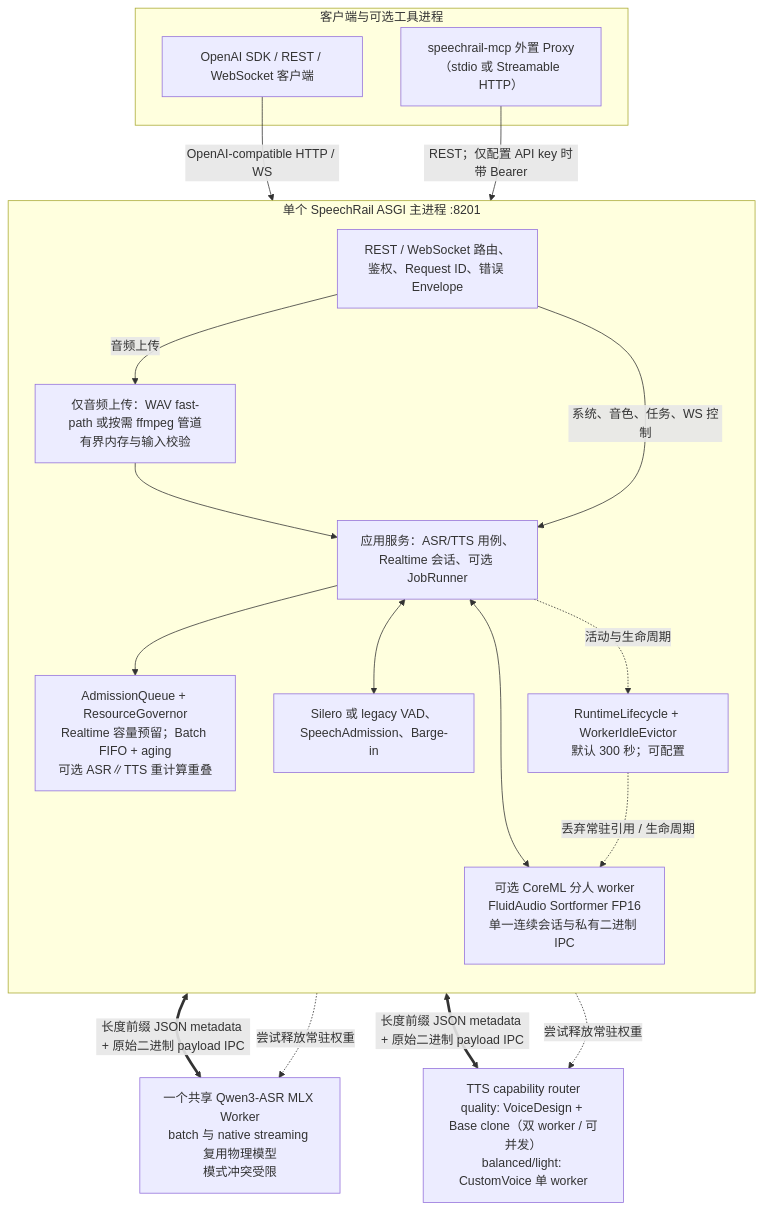
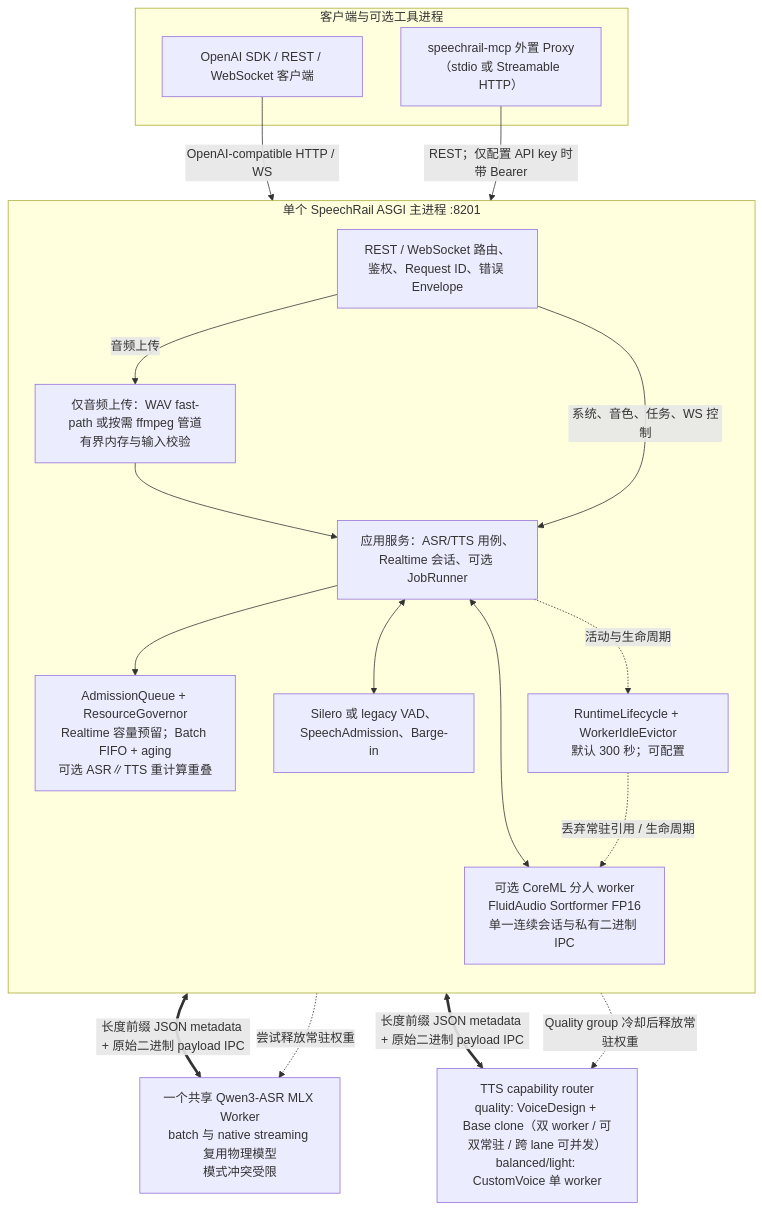
Before and after one commit to hrygo/SpeechRail: the first of 2 diagrams in docs/architecture/architecture.md, drawn with Mermaid. The commit also changed other lines of this file and 16 other files, not shown here.

Commit message:
docs: document three-tier dual-tts architecture

````diff
--- a/docs/architecture/architecture.md
+++ b/docs/architecture/architecture.md
@@ -15,36 +15,36 @@
 ```mermaid
 flowchart TD
     subgraph Clients["客户端与可选工具进程"]
         SDK["OpenAI SDK / REST / WebSocket 客户端"]
         MCP["speechrail-mcp 外置 Proxy<br/>（stdio 或 Streamable HTTP）"]
     end
 
     subgraph Host["单个 SpeechRail ASGI 主进程 :8201"]
         direction TB
         Ingress["REST / WebSocket 路由、鉴权、Request ID、错误 Envelope"]
         Decode["仅音频上传：WAV fast-path 或按需 ffmpeg 管道<br/>有界内存与输入校验"]
         App["应用服务：ASR/TTS 用例、Realtime 会话、可选 JobRunner"]
         Admit["AdmissionQueue + ResourceGovernor<br/>Realtime 容量预留；Batch FIFO + aging<br/>可选 ASR∥TTS 重计算重叠"]
         VAD["Silero 或 legacy VAD、SpeechAdmission、Barge-in"]
         Diar["可选 CoreML 分人 worker<br/>FluidAudio Sortformer FP16<br/>单一连续会话与私有二进制 IPC"]
         Life["RuntimeLifecycle + WorkerIdleEvictor<br/>默认 300 秒；可配置"]
 
         Ingress -->|音频上传| Decode --> App
         Ingress -->|系统、音色、任务、WS 控制| App
         App --> Admit
         App <--> VAD
         App <--> Diar
         App -. 活动与生命周期 .-> Life
     end
 
     ASR["一个共享 Qwen3-ASR MLX Worker<br/>batch 与 native streaming 复用物理模型<br/>模式冲突受限"]
-    TTS["TTS capability router<br/>quality: VoiceDesign + Base clone（双 worker / 可并发）<br/>balanced/light: CustomVoice 单 worker"]
+    TTS["TTS capability router<br/>quality: VoiceDesign + Base clone（双 worker / 可双常驻 / 跨 lane 可并发）<br/>balanced/light: CustomVoice 单 worker"]
 
     SDK -->|OpenAI-compatible HTTP / WS| Ingress
     MCP -->|REST；仅配置 API key 时带 Bearer| Ingress
     App <==>|"长度前缀 JSON metadata + 原始二进制 payload IPC"| ASR
     App <==>|"长度前缀 JSON metadata + 原始二进制 payload IPC"| TTS
     Life -. 尝试释放常驻权重 .-> ASR
-    Life -. 尝试释放常驻权重 .-> TTS
+    Life -. Quality group 冷却后释放常驻权重 .-> TTS
     Life -. 丢弃常驻引用 / 生命周期 .-> Diar
 ```
````
